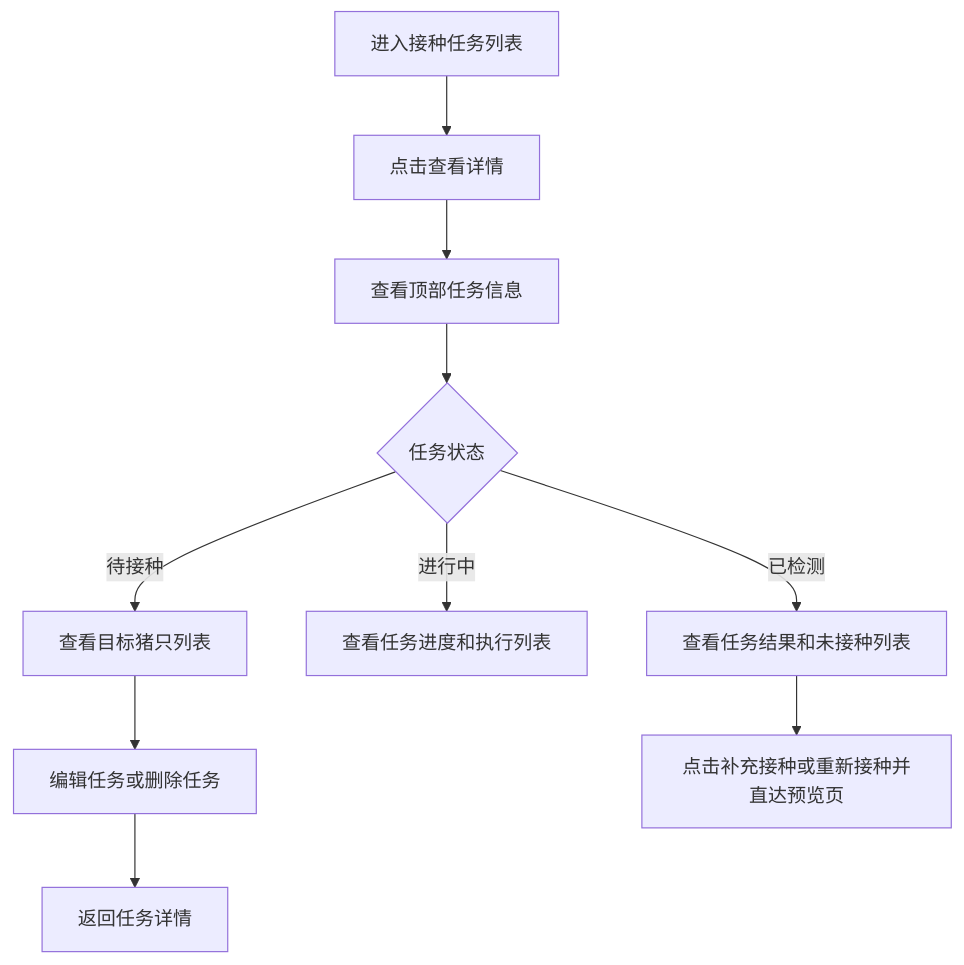
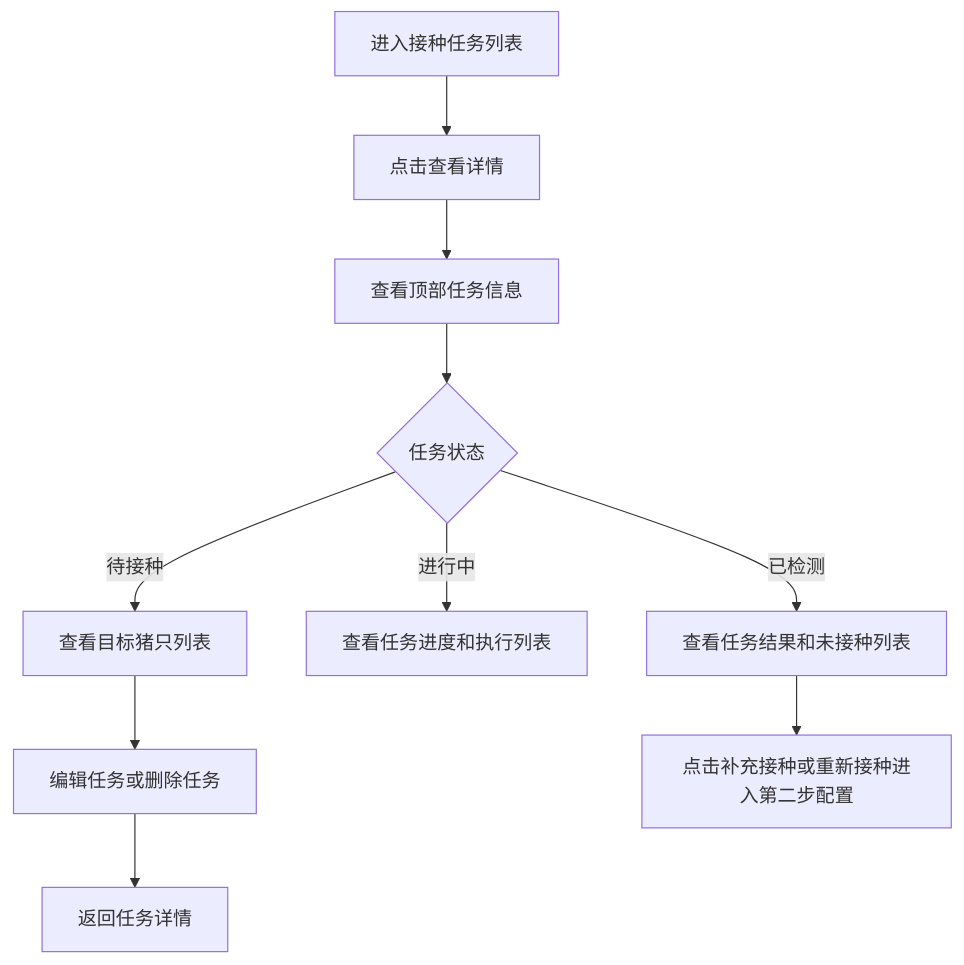
The second of 2 diagrams in prds/vaccine prd/07-Console接种任务详情.md (91Dhua/Vaccine), drawn with Mermaid before and after one commit. The commit also changed other lines of this file and 14 other files, not shown here.

Commit message:
polish vaccine task and review flows

````diff
--- a/prds/vaccine prd/07-Console接种任务详情.md
+++ b/prds/vaccine prd/07-Console接种任务详情.md
@@ -59,12 +59,12 @@
 ```mermaid
 flowchart TD
   A[进入接种任务列表] --> B[点击查看详情]
   B --> C[查看顶部任务信息]
   C --> D{任务状态}
   D -->|待接种| E[查看目标猪只列表]
   D -->|进行中| F[查看任务进度和执行列表]
   D -->|已检测| G[查看任务结果和未接种列表]
   E --> H[编辑任务或删除任务]
   H --> I[返回任务详情]
-  G --> J[点击补充接种或重新接种并直达预览页]
+  G --> J[点击补充接种或重新接种进入第二步配置]
 ```
````
